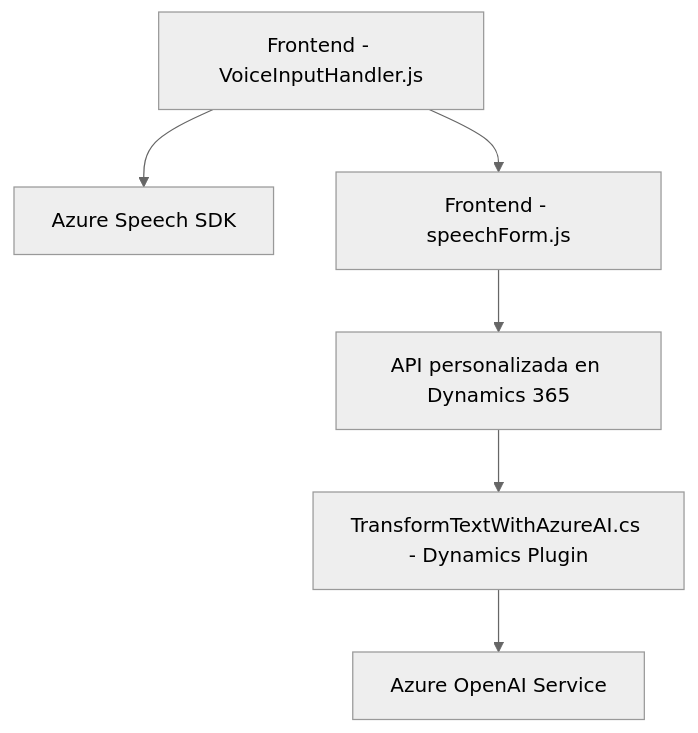
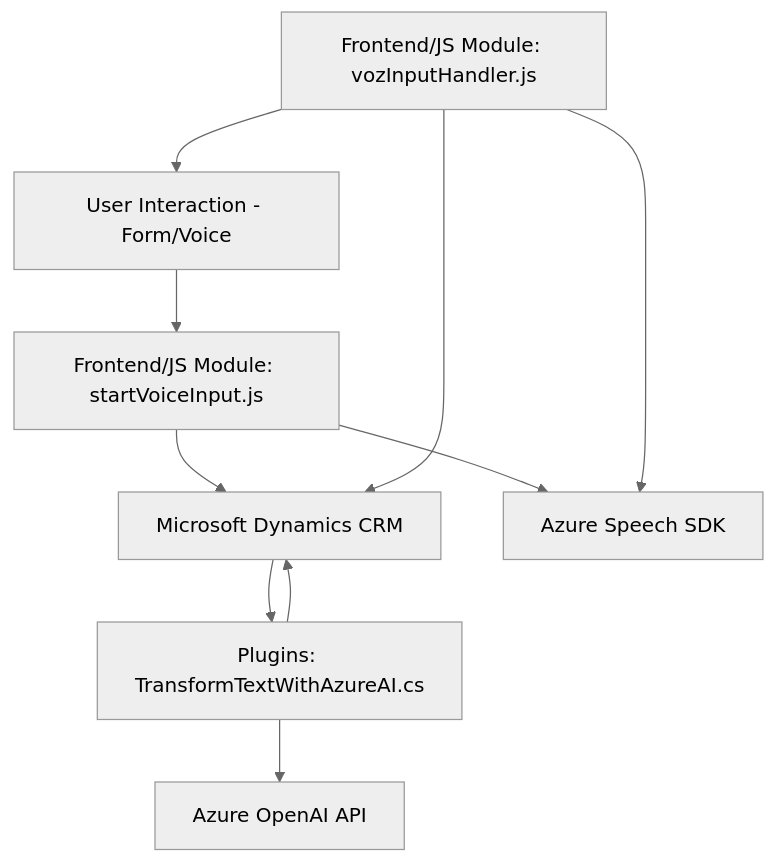
Before and after one commit to blopezdm/NETCORE_BILBAO2025: the diagram in README.md, drawn with Mermaid (neutral theme). The commit also changed other lines of this file, not shown here.

````diff
--- a/README.md
+++ b/README.md
@@ -46,15 +48,20 @@
 ```mermaid
 graph TD
-    A["Frontend - VoiceInputHandler.js"]
-    B["Azure Speech SDK"]
-    C["Frontend - speechForm.js"]
-    D["API personalizada en Dynamics 365"]
-    E["TransformTextWithAzureAI.cs - Dynamics Plugin"]
-    F["Azure OpenAI Service"]
-
-    A --> B
-    A --> C
-    C --> D
-    D --> E
-    E --> F
+  Start["Frontend/JS Module: startVoiceInput.js"]
+  VoiceInput["Frontend/JS Module: vozInputHandler.js"]
+  TextTransformation["Plugins: TransformTextWithAzureAI.cs"]
+  Dynamics["Microsoft Dynamics CRM"]
+  AzureSpeech["Azure Speech SDK"]
+  AzureAI["Azure OpenAI API"]
+  User["User Interaction - Form/Voice"]
+  
+  User --> Start
+  Start --> AzureSpeech
+  Start --> Dynamics
+  VoiceInput --> AzureSpeech
+  VoiceInput --> Dynamics
+  VoiceInput --> User
+  Dynamics --> TextTransformation
+  TextTransformation --> AzureAI
+  TextTransformation --> Dynamics
 ```
````
